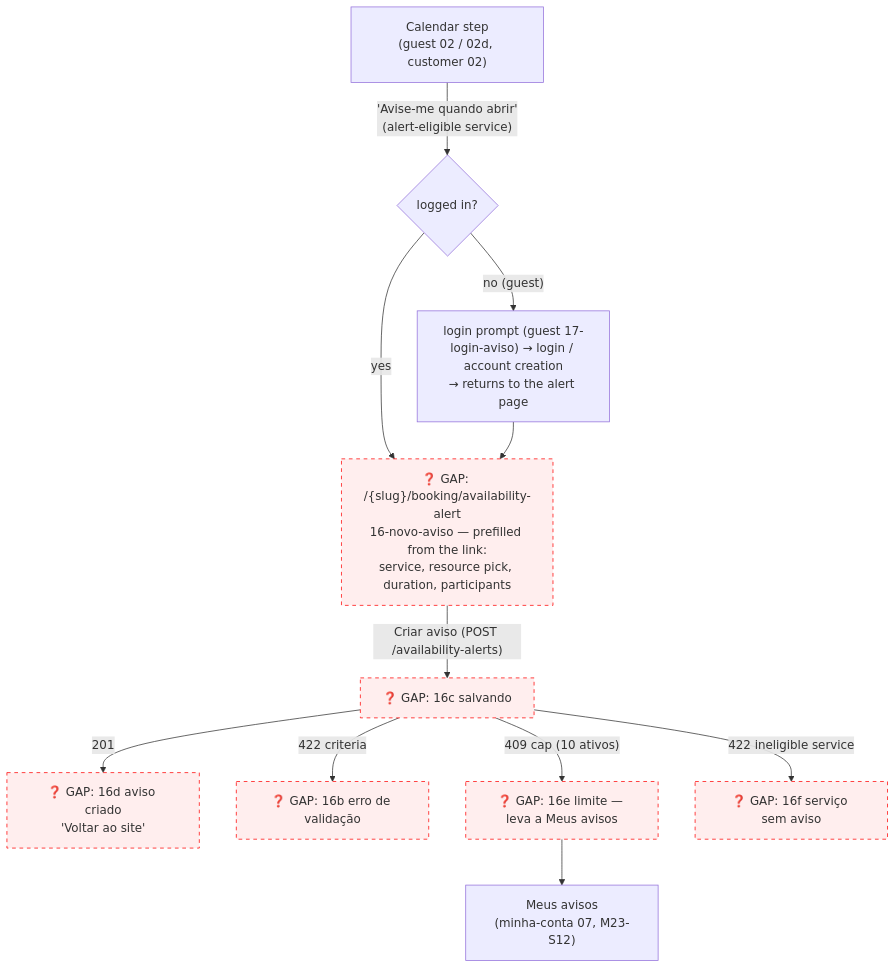
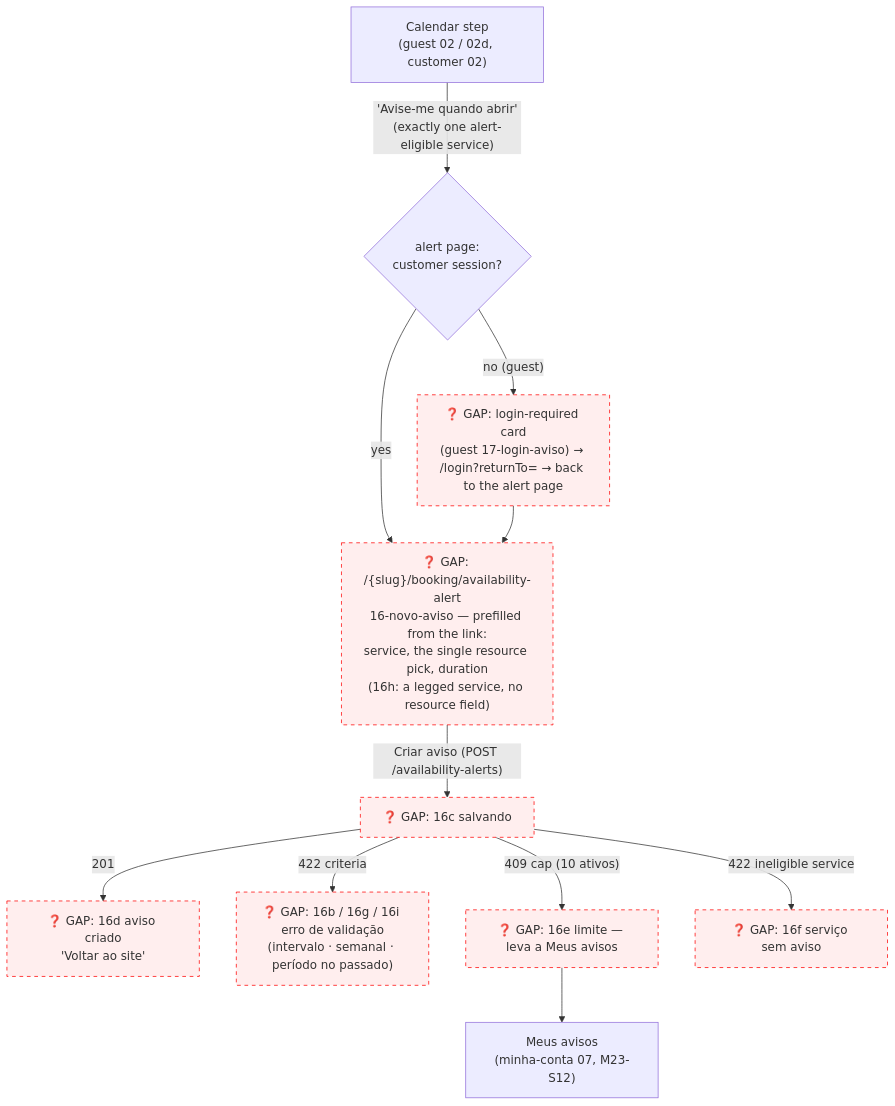
Before and after one commit to lmmoreira/ikaro: the second of 2 diagrams in plan/journey/customer/book-a-service.md, drawn with Mermaid. The commit also changed other lines of this file and 24 other files, not shown here.

````diff
--- a/plan/journey/customer/book-a-service.md
+++ b/plan/journey/customer/book-a-service.md
@@ -75,16 +75,16 @@
 ```mermaid
 flowchart TD
     classDef gap stroke:#f00,stroke-dasharray: 5 5,fill:#fee
 
-    Cal["Calendar step<br/>(guest 02 / 02d, customer 02)"] -->|"'Avise-me quando abrir'<br/>(alert-eligible service)"| Auth{"logged in?"}
-    Auth -->|"no (guest)"| Login["login prompt (guest 17-login-aviso) → login / account creation<br/>→ returns to the alert page"]
-    Auth -->|"yes"| Form
-    Login --> Form["❓ GAP: /{slug}/booking/availability-alert<br/>16-novo-aviso — prefilled from the link:<br/>service, resource pick, duration, participants"]
+    Cal["Calendar step<br/>(guest 02 / 02d, customer 02)"] -->|"'Avise-me quando abrir'<br/>(exactly one alert-eligible service)"| Page{"alert page:<br/>customer session?"}
+    Page -->|"no (guest)"| Gate["❓ GAP: login-required card<br/>(guest 17-login-aviso) → /login?returnTo=<alert URL> → back to the alert page"]
+    Page -->|"yes"| Form
+    Gate --> Form["❓ GAP: /{slug}/booking/availability-alert<br/>16-novo-aviso — prefilled from the link:<br/>service, the single resource pick, duration<br/>(16h: a legged service, no resource field)"]
     Form -->|"Criar aviso (POST /availability-alerts)"| Saving["❓ GAP: 16c salvando"]
     Saving -->|"201"| Done["❓ GAP: 16d aviso criado<br/>'Voltar ao site'"]
-    Saving -->|"422 criteria"| Err["❓ GAP: 16b erro de validação"]
+    Saving -->|"422 criteria"| Err["❓ GAP: 16b / 16g / 16i erro de validação<br/>(intervalo · semanal · período no passado)"]
     Saving -->|"409 cap (10 ativos)"| Cap["❓ GAP: 16e limite — leva a Meus avisos"]
     Saving -->|"422 ineligible service"| Inel["❓ GAP: 16f serviço sem aviso"]
     Cap --> Lista["Meus avisos<br/>(minha-conta 07, M23-S12)"]
-    class Form,Saving,Done,Err,Cap,Inel gap
+    class Gate,Form,Saving,Done,Err,Cap,Inel gap
 ```
````
